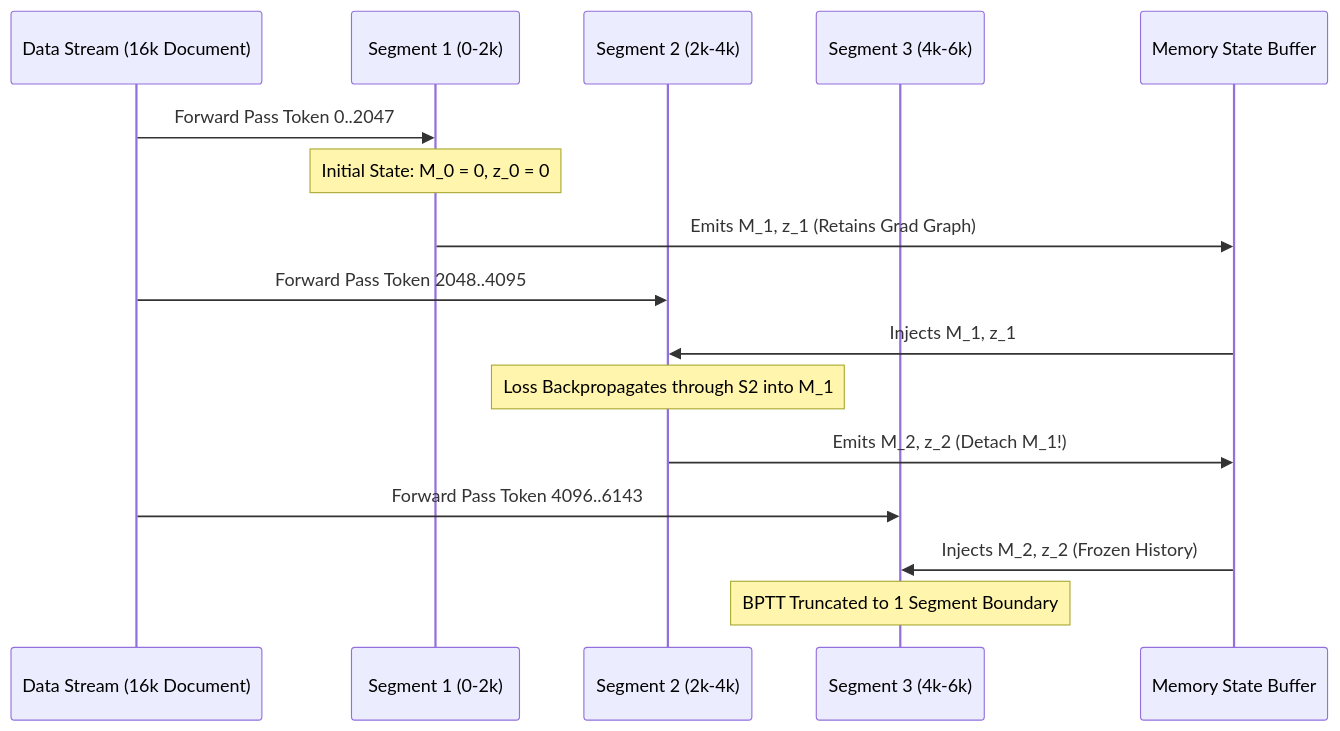
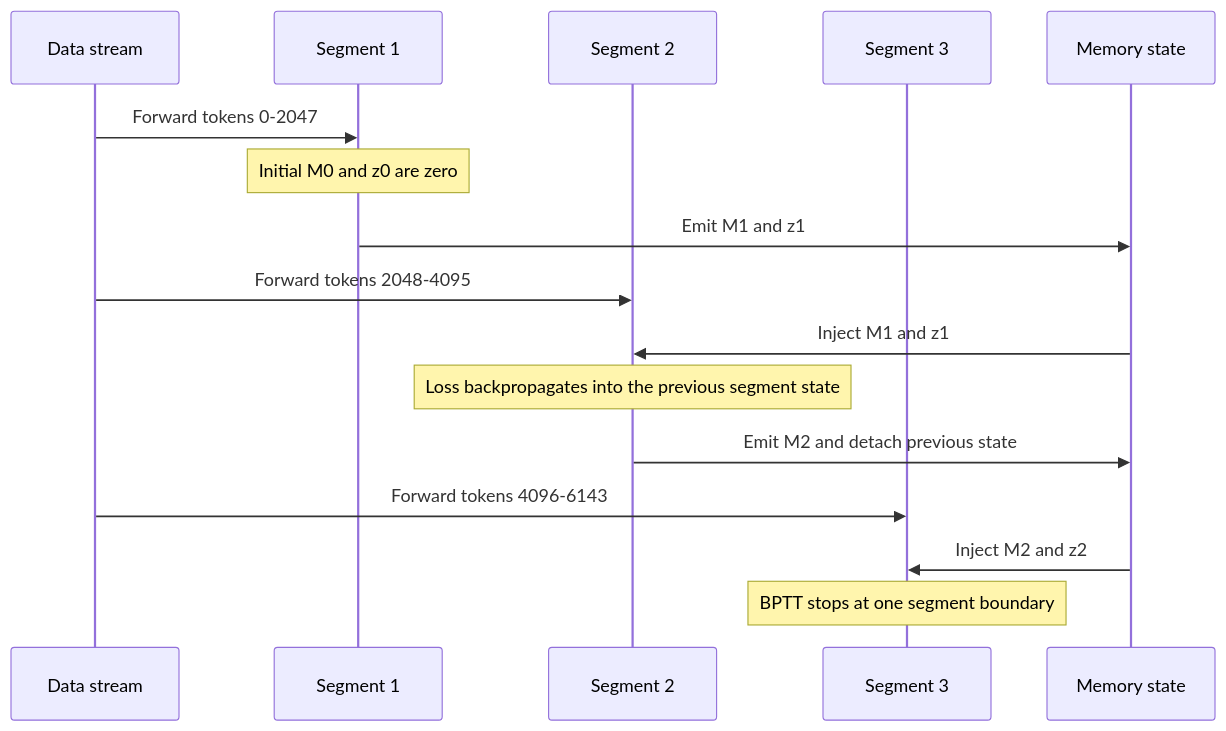
The seventh of 16 diagrams in README.md (Vtheonly/infiniChatbot), drawn with Mermaid before and after one commit. The commit also changed other lines of this file, not shown here.

Commit message:
docs: replace README diagrams with valid Mermaid

````diff
--- a/README.md
+++ b/README.md
@@ -548,21 +563,19 @@
 ```mermaid
 sequenceDiagram
-    participant D as Data Stream (16k Document)
-    participant S1 as Segment 1 (0-2k)
-    participant S2 as Segment 2 (2k-4k)
-    participant S3 as Segment 3 (4k-6k)
-    participant M as Memory State Buffer
+    participant D as Data stream
+    participant S1 as Segment 1
+    participant S2 as Segment 2
+    participant S3 as Segment 3
+    participant M as Memory state
 
-    D->>S1: Forward Pass Token 0..2047
-    Note over S1: Initial State: M_0 = 0, z_0 = 0
-    S1->>M: Emits M_1, z_1 (Retains Grad Graph)
-    
-    D->>S2: Forward Pass Token 2048..4095
-    M->>S2: Injects M_1, z_1
-    Note over S2: Loss Backpropagates through S2 into M_1
-    S2->>M: Emits M_2, z_2 (Detach M_1!)
-    
-    D->>S3: Forward Pass Token 4096..6143
-    M->>S3: Injects M_2, z_2 (Frozen History)
-    Note over S3: BPTT Truncated to 1 Segment Boundary
+    D->>S1: Forward tokens 0-2047
+    Note over S1: Initial M0 and z0 are zero
+    S1->>M: Emit M1 and z1
+    D->>S2: Forward tokens 2048-4095
+    M->>S2: Inject M1 and z1
+    Note over S2: Loss backpropagates into the previous segment state
+    S2->>M: Emit M2 and detach previous state
+    D->>S3: Forward tokens 4096-6143
+    M->>S3: Inject M2 and z2
+    Note over S3: BPTT stops at one segment boundary
 ```
````
